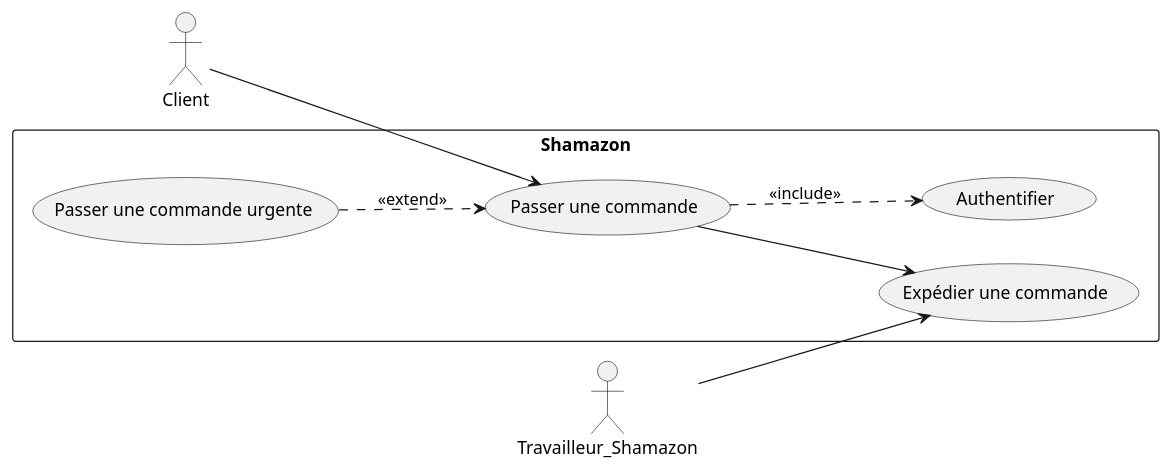
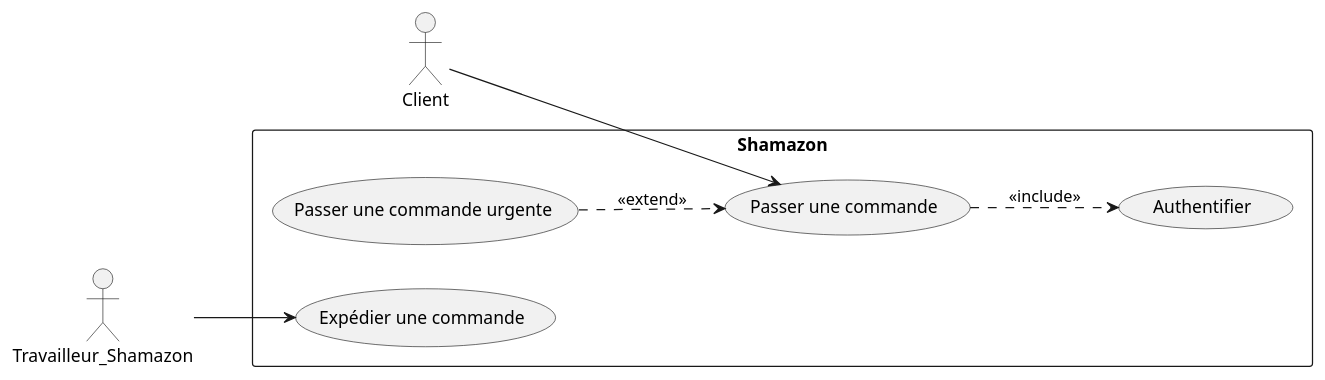
The diagram in UML/Exercices01/question02.1.wsd (MonsieurClavett/1SY-AnalyseObjet), drawn with PlantUML before and after one commit. The commit also changed 1 other file, not shown here.

```diff
--- a/UML/Exercices01/question02.1.wsd
+++ b/UML/Exercices01/question02.1.wsd
@@ -1,22 +1,21 @@
 @startuml
 left to right direction
 
 actor Client
 actor Travailleur_Shamazon
 
 
 rectangle "Shamazon" {
     usecase "Passer une commande" as UC1
     usecase "Passer une commande urgente" as UC1_2
     usecase "Authentifier" as UC2
     usecase "Expédier une commande" as UC3
 }
 
 Travailleur_Shamazon --> UC3
 Client --> UC1
 UC1 .-> UC2 : <<include>>
 UC1_2 .-> UC1 : <<extend>>
-UC1 --> UC3
 
 
 @enduml
```
